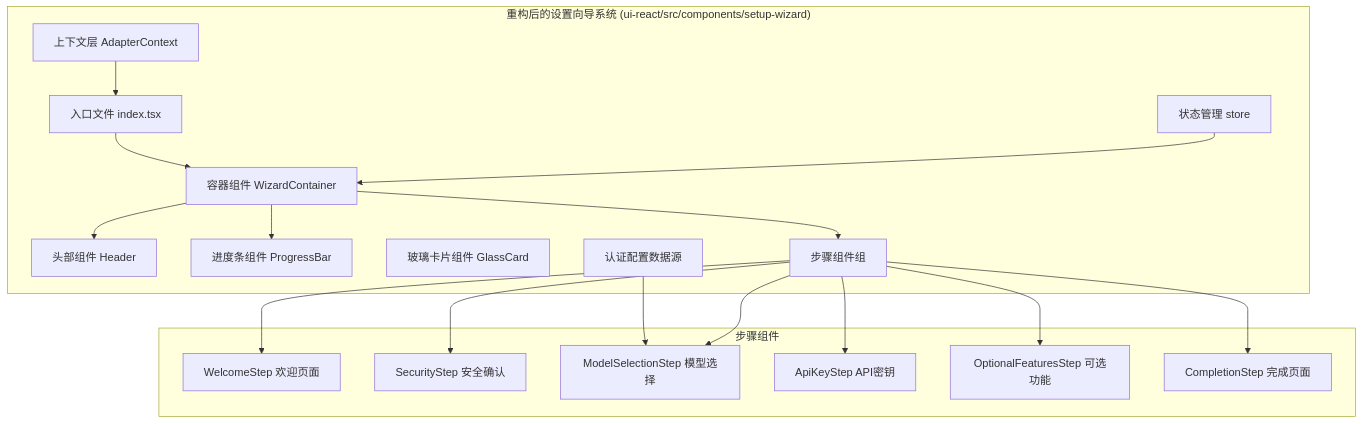
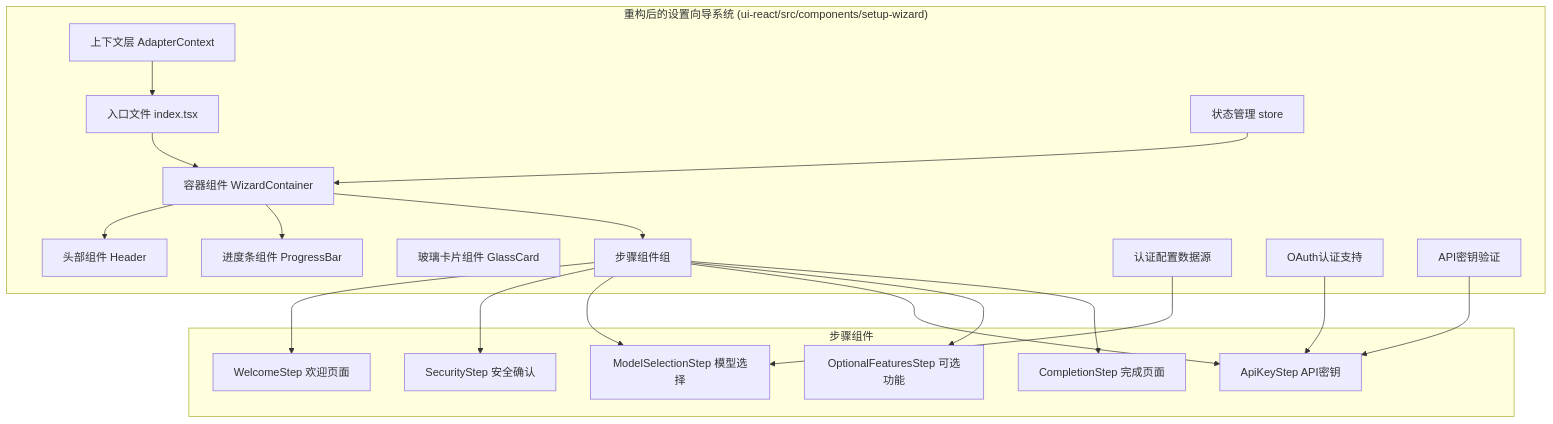
One commit to verse-ai-org/openclaw changed the first of 10 diagrams in .qoder/repowiki/zh/content/开发者指南/设置向导系统.md. Above: the diagram before and after it, drawn with Mermaid. The commit also changed other lines of this file and 32 other files, not shown here.

````diff
--- a/.qoder/repowiki/zh/content/开发者指南/设置向导系统.md
+++ b/.qoder/repowiki/zh/content/开发者指南/设置向导系统.md
@@ -54,35 +57,39 @@
 ```mermaid
 graph TB
 subgraph "重构后的设置向导系统 (ui-react/src/components/setup-wizard)"
 A[入口文件 index.tsx]
 B[容器组件 WizardContainer]
 C[头部组件 Header]
 D[进度条组件 ProgressBar]
 E[玻璃卡片组件 GlassCard]
 F[步骤组件组]
 G[上下文层 AdapterContext]
 H[状态管理 store]
 I[认证配置数据源]
+J[OAuth认证支持]
+K[API密钥验证]
 end
 subgraph "步骤组件"
 F1[WelcomeStep 欢迎页面]
 F2[SecurityStep 安全确认]
 F3[ModelSelectionStep 模型选择]
 F4[ApiKeyStep API密钥]
 F5[OptionalFeaturesStep 可选功能]
 F6[CompletionStep 完成页面]
 end
 A --> B
 B --> C
 B --> D
 B --> F
 G --> A
 H --> B
 I --> F3
+J --> F4
+K --> F4
 F --> F1
 F --> F2
 F --> F3
 F --> F4
 F --> F5
 F --> F6
 ```
````
